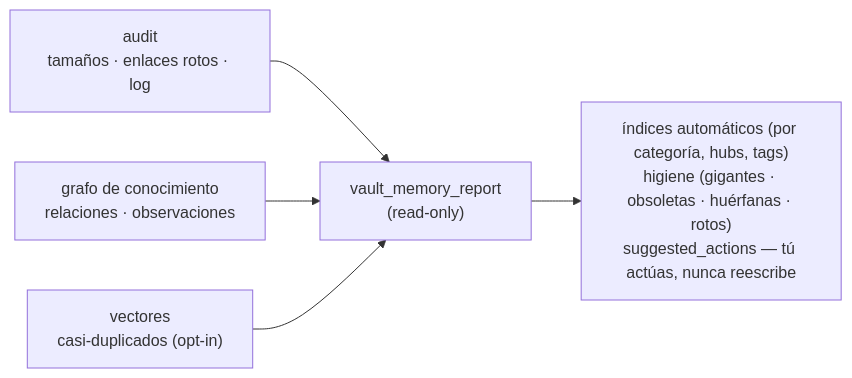
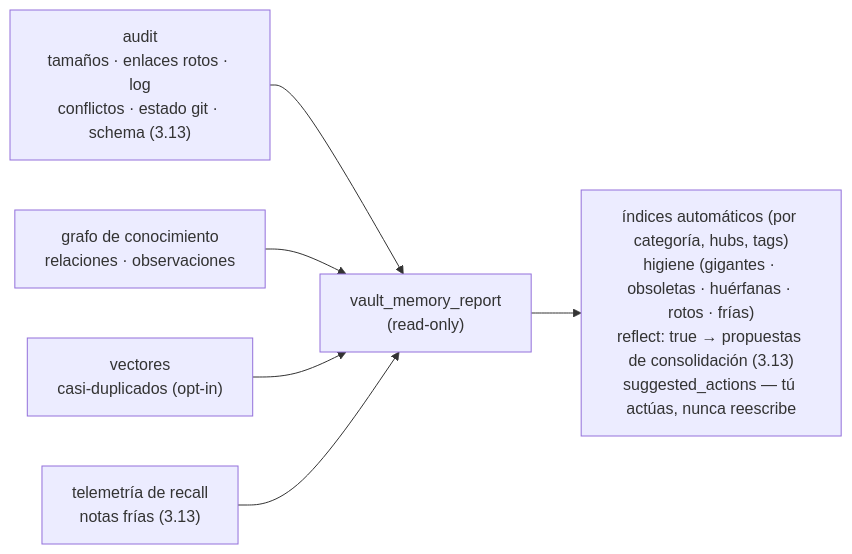
Before and after one commit to Vahlame/create-vkm-kit: the sixth of 14 diagrams in docs/es/como-funciona.md, drawn with Mermaid. The commit also changed other lines of this file and 10 other files, not shown here.

````diff
--- a/docs/es/como-funciona.md
+++ b/docs/es/como-funciona.md
@@ -237,7 +239,8 @@
 ```mermaid
 flowchart LR
-  A["audit<br/>tamaños · enlaces rotos · log"] --> R["vault_memory_report<br/>(read-only)"]
+  A["audit<br/>tamaños · enlaces rotos · log<br/>conflictos · estado git · schema (3.13)"] --> R["vault_memory_report<br/>(read-only)"]
   K["grafo de conocimiento<br/>relaciones · observaciones"] --> R
   V["vectores<br/>casi-duplicados (opt-in)"] --> R
-  R --> O["índices automáticos (por categoría, hubs, tags)<br/>higiene (gigantes · obsoletas · huérfanas · rotos)<br/>suggested_actions — tú actúas, nunca reescribe"]
+  U["telemetría de recall<br/>notas frías (3.13)"] --> R
+  R --> O["índices automáticos (por categoría, hubs, tags)<br/>higiene (gigantes · obsoletas · huérfanas · rotos · frías)<br/>reflect: true → propuestas de consolidación (3.13)<br/>suggested_actions — tú actúas, nunca reescribe"]
 ```
````
